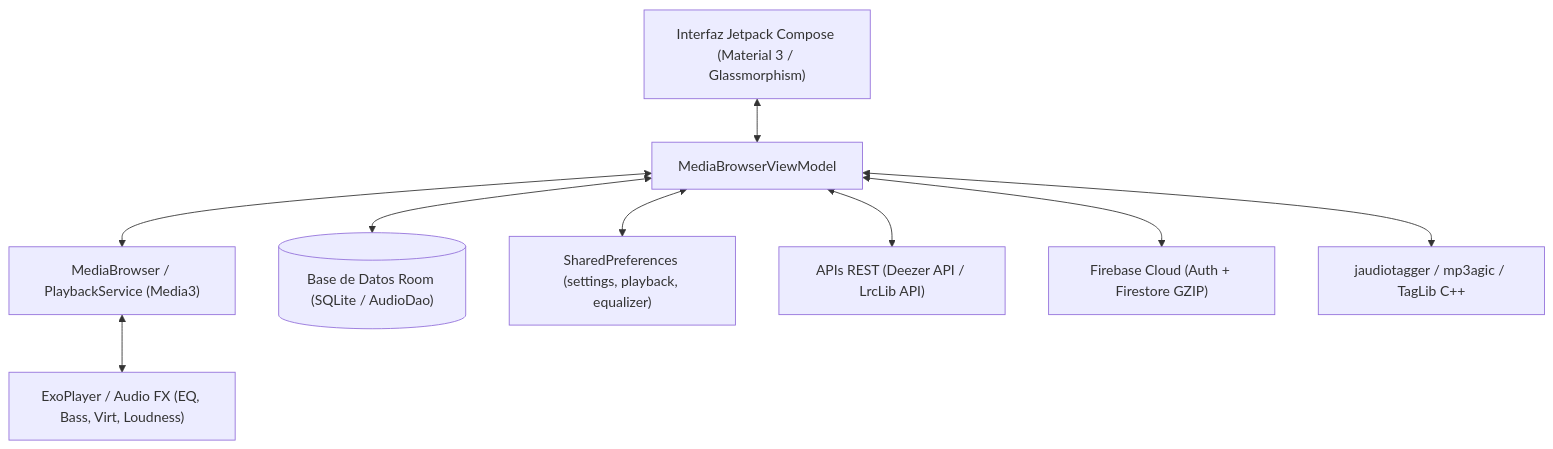
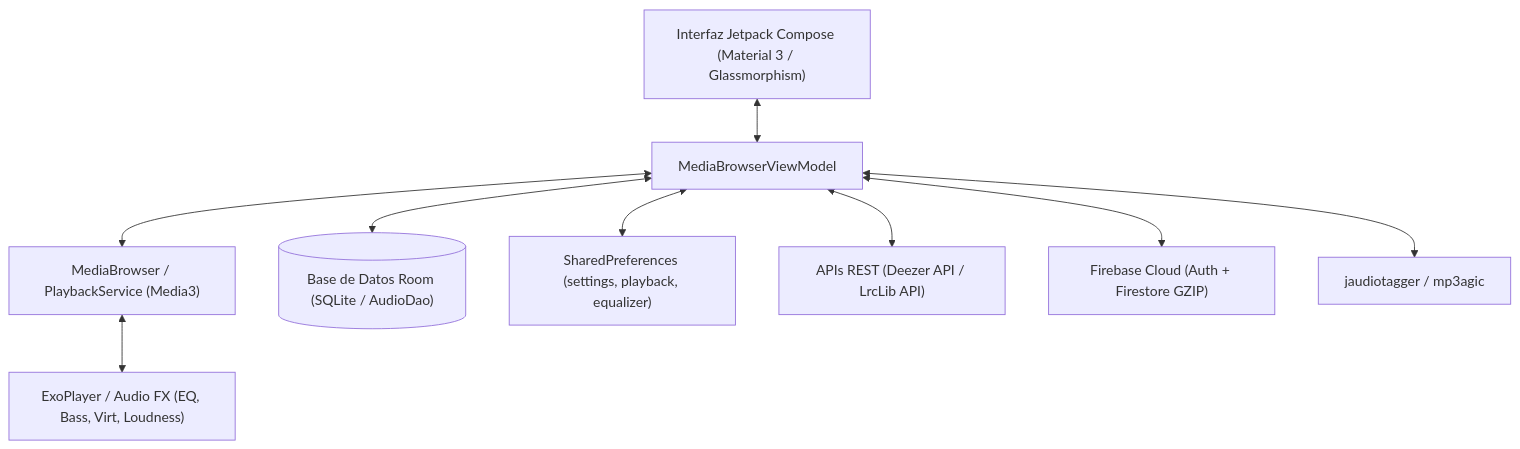
Before and after one commit to KevshuppD/KevMusicPlayer: the first of 2 diagrams in contexto.md, drawn with Mermaid. The commit also changed other lines of this file and 30 other files, not shown here.

````diff
--- a/contexto.md
+++ b/contexto.md
@@ -25,11 +25,11 @@
 ```mermaid
 graph TD
     UI["Interfaz Jetpack Compose (Material 3 / Glassmorphism)"] <--> VM["MediaBrowserViewModel"]
     VM <--> MS["MediaBrowser / PlaybackService (Media3)"]
     MS <--> EP["ExoPlayer / Audio FX (EQ, Bass, Virt, Loudness)"]
     VM <--> DB[("Base de Datos Room (SQLite / AudioDao)")]
     VM <--> Prefs["SharedPreferences (settings, playback, equalizer)"]
     VM <--> Net["APIs REST (Deezer API / LrcLib API)"]
     VM <--> Cloud["Firebase Cloud (Auth + Firestore GZIP)"]
-    VM <--> Tags["jaudiotagger / mp3agic / TagLib C++"]
+    VM <--> Tags["jaudiotagger / mp3agic"]
 ```
````
